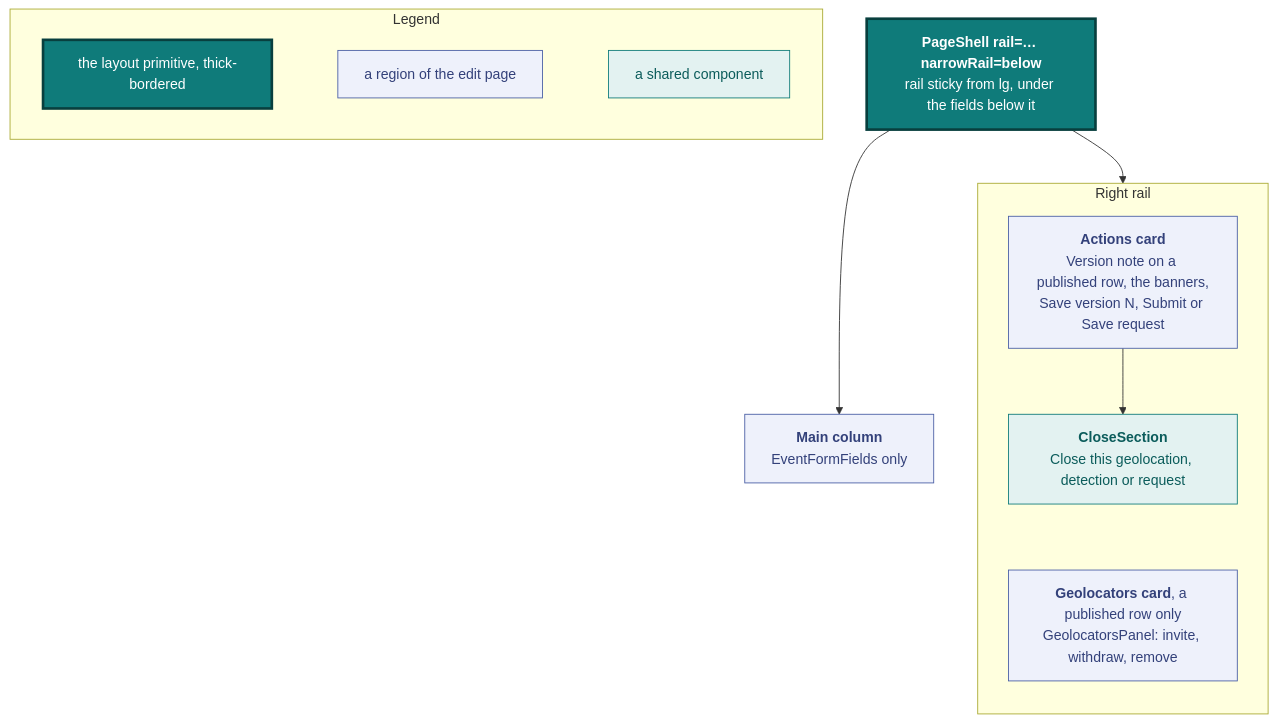
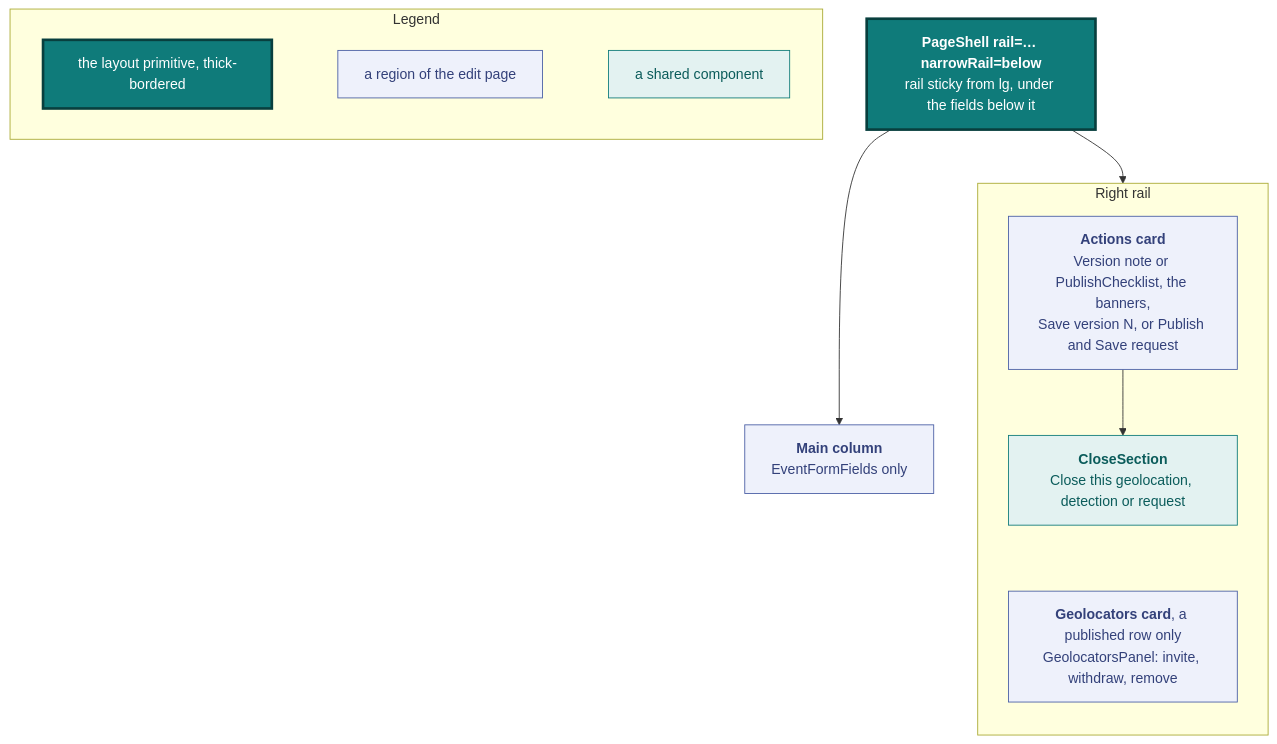
One commit to vidithq/vidit changed the tenth of 14 diagrams in docs/design.md. Above: the diagram before and after it, drawn with Mermaid. The commit also changed other lines of this file and 6 other files, not shown here.

Commit message:
docs: describe version 0, the publish through the versioned write and the re-import rule

````diff
--- a/docs/design.md
+++ b/docs/design.md
@@ -899,35 +935,35 @@
 ```mermaid
 flowchart TB
   classDef spec fill:#eef1fb,stroke:#4a5fa5,color:#33417a
   classDef shared fill:#e3f2f1,stroke:#0f7b7a,color:#0b5c5b
   classDef core fill:#0f7b7a,stroke:#083f3e,stroke-width:3px,color:#ffffff
 
   subgraph legend [Legend]
     direction LR
     l1["`the layout primitive, thick-bordered`"]:::core
     l2["`a region of the edit page`"]:::spec
     l3["`a shared component`"]:::shared
     l1 ~~~ l2 ~~~ l3
   end
 
   shell["`**PageShell rail=… narrowRail=below**
   rail sticky from lg, under the fields below it`"]:::core
   fields["`**Main column**
   EventFormFields only`"]:::spec
 
   subgraph rail [Right rail]
     direction TB
     actions["`**Actions card**
-    Version note on a published row, the banners,
-    Save version N, Submit or Save request`"]:::spec
+    Version note or PublishChecklist, the banners,
+    Save version N, or Publish and Save request`"]:::spec
     close["`**CloseSection**
     Close this geolocation, detection or request`"]:::shared
     credit["`**Geolocators card**, a published row only
     GeolocatorsPanel: invite, withdraw, remove`"]:::spec
     actions --> close
     close ~~~ credit
   end
 
   shell --> fields
   shell --> rail
 ```
````
